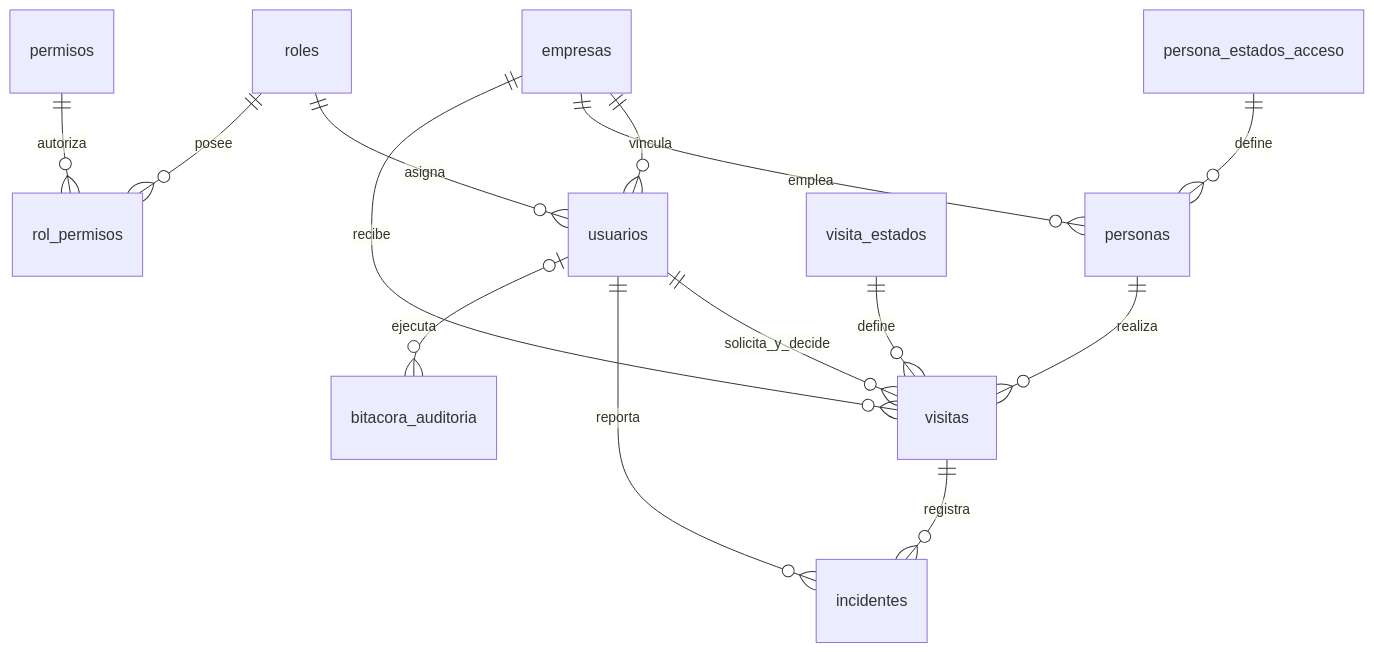
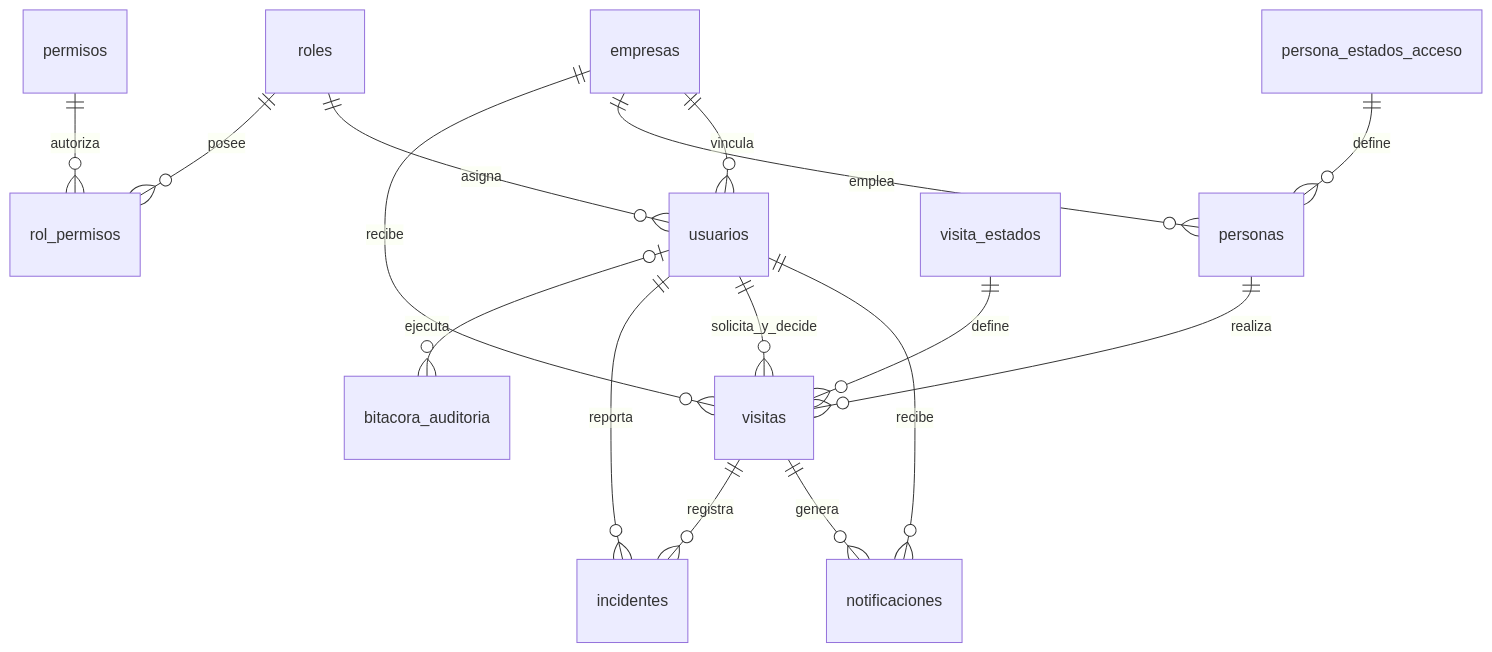
Before and after one commit to Possojaider/SICA: the second of 2 diagrams in README.md, drawn with Mermaid. The commit also changed other lines of this file and 26 other files, not shown here.

````diff
--- a/README.md
+++ b/README.md
@@ -218,16 +267,18 @@
 ```mermaid
 erDiagram
     roles ||--o{ usuarios : asigna
     roles ||--o{ rol_permisos : posee
     permisos ||--o{ rol_permisos : autoriza
     empresas ||--o{ usuarios : vincula
     empresas ||--o{ personas : emplea
     persona_estados_acceso ||--o{ personas : define
+    usuarios ||--o{ notificaciones : recibe
+    visitas ||--o{ notificaciones : genera
     personas ||--o{ visitas : realiza
     empresas ||--o{ visitas : recibe
     visita_estados ||--o{ visitas : define
     usuarios ||--o{ visitas : solicita_y_decide
     visitas ||--o{ incidentes : registra
     usuarios ||--o{ incidentes : reporta
     usuarios o|--o{ bitacora_auditoria : ejecuta
 ```
````
